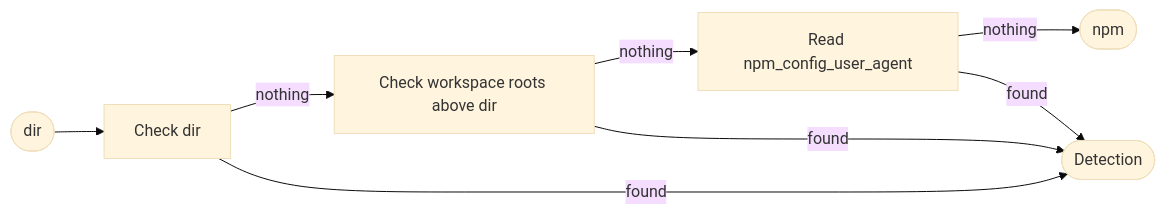
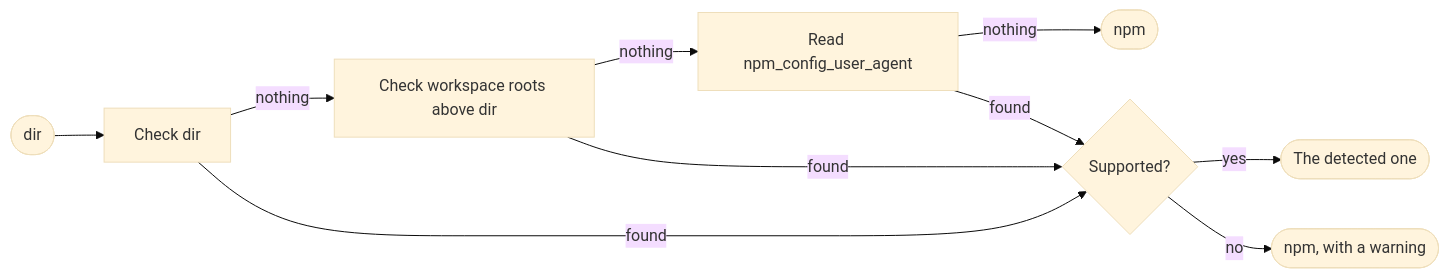
Before and after one commit to wasp-lang/wasp: the first of 2 diagrams in waspc/src/Wasp/PackageManager/README.md, drawn with Mermaid (base theme). The commit also changed other lines of this file and 11 other files, not shown here.

Commit message:
Detect Yarn and fall back to npm with a warning for unsupported package managers

````diff
--- a/waspc/src/Wasp/PackageManager/README.md
+++ b/waspc/src/Wasp/PackageManager/README.md
@@ -19,10 +21,12 @@
 ```mermaid
 flowchart LR
   start(["dir"]) --> checkStart["Check dir"]
   checkStart -->|nothing| workspaceRoots["Check workspace roots above dir"]
   workspaceRoots -->|nothing| userAgent["Read npm_config_user_agent"]
   userAgent -->|nothing| npm(["npm"])
-  checkStart -->|found| found(["Detection"])
-  workspaceRoots -->|found| found
-  userAgent -->|found| found
+  checkStart -->|found| isSupported{"Supported?"}
+  workspaceRoots -->|found| isSupported
+  userAgent -->|found| isSupported
+  isSupported -->|yes| detected(["The detected one"])
+  isSupported -->|no| npmWithWarning(["npm, with a warning"])
 ```
````
